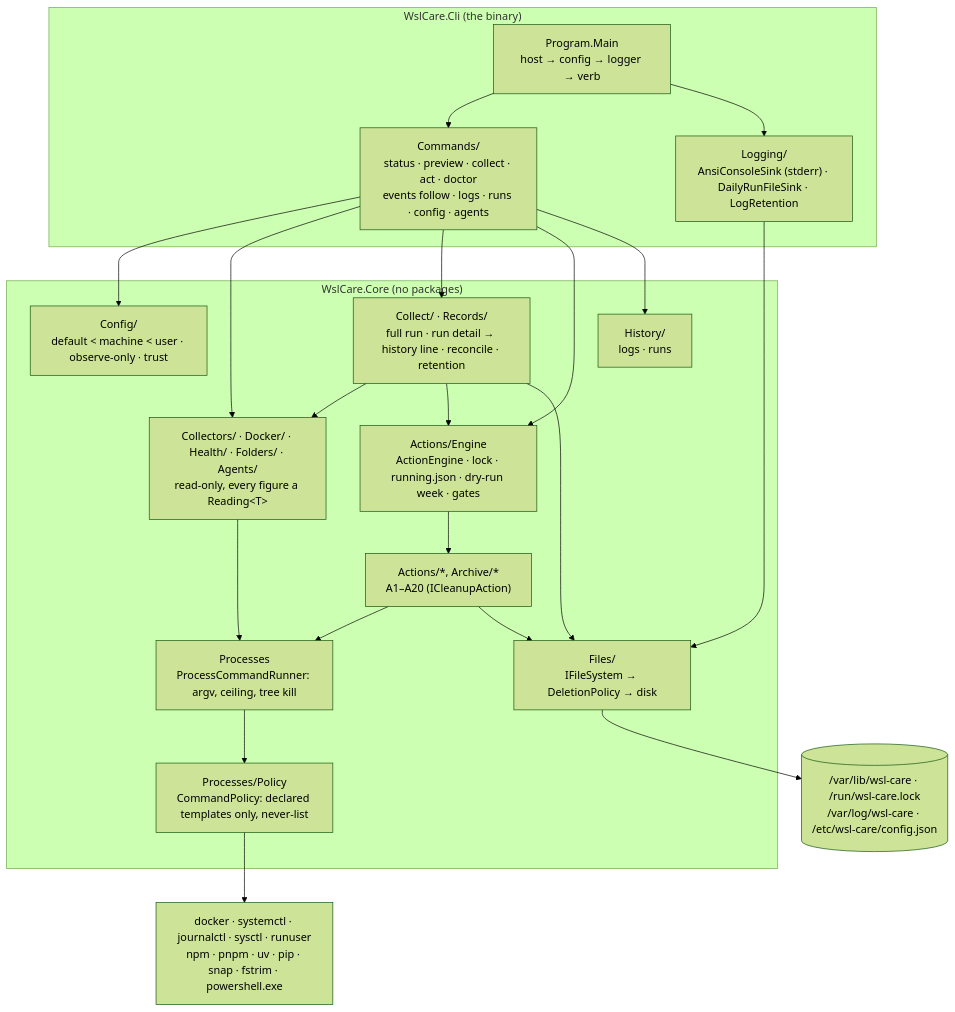
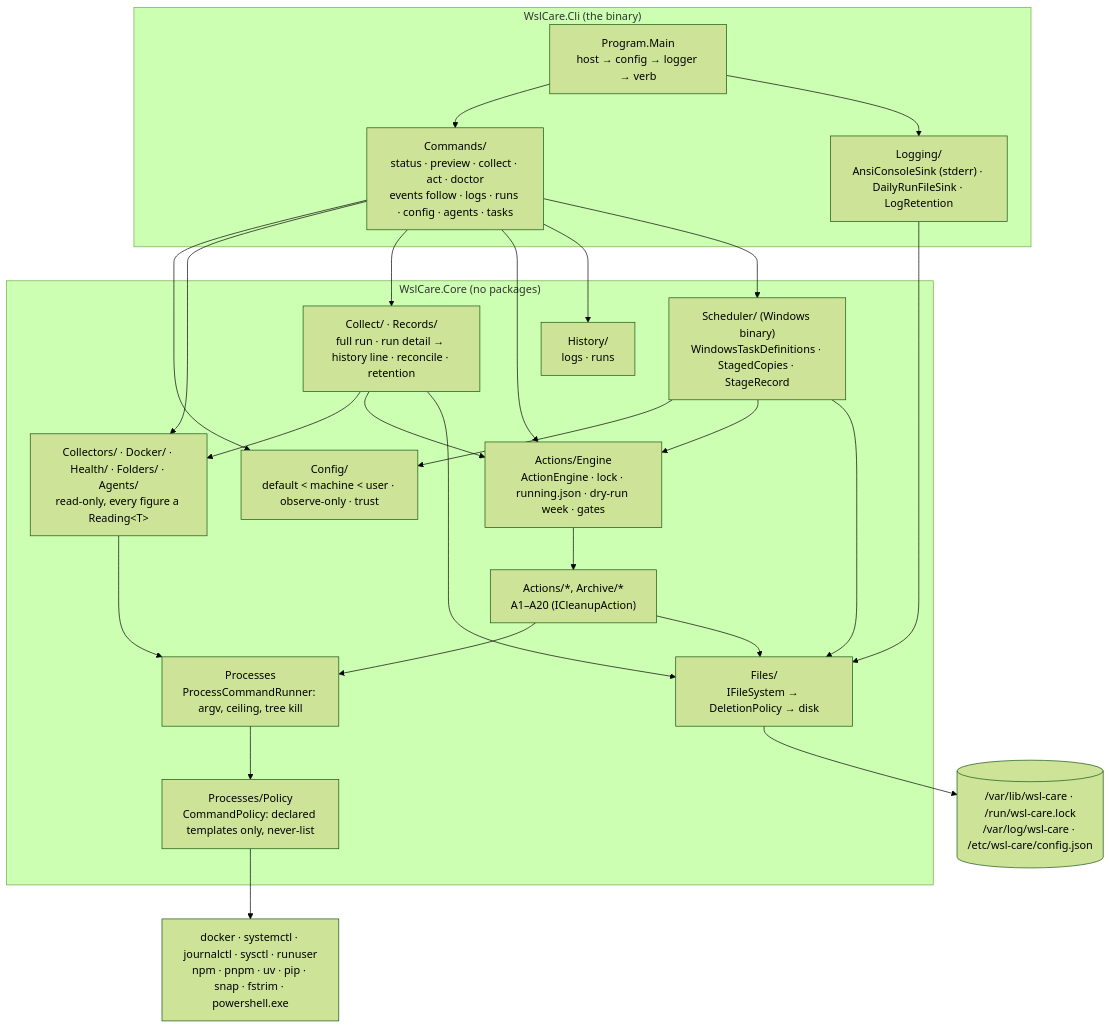
Before and after one commit to oleksandrdubyna88/wsl_care: the first of 7 diagrams in research/module_daemon.md, drawn with Mermaid (forest theme). The commit also changed other lines of this file and 8 other files, not shown here.

````diff
--- a/research/module_daemon.md
+++ b/research/module_daemon.md
@@ -19,40 +19,45 @@
 ```mermaid
 flowchart TB
     subgraph CLI["WslCare.Cli (the binary)"]
         program["Program.Main<br/>host → config → logger → verb"]
-        verbs["Commands/<br/>status · preview · collect · act · doctor<br/>events follow · logs · runs · config · agents"]
+        verbs["Commands/<br/>status · preview · collect · act · doctor<br/>events follow · logs · runs · config · agents · tasks"]
         logging["Logging/<br/>AnsiConsoleSink (stderr) · DailyRunFileSink · LogRetention"]
     end
     subgraph Core["WslCare.Core (no packages)"]
         config["Config/<br/>default < machine < user · observe-only · trust"]
         collectors["Collectors/ · Docker/ · Health/ · Folders/ · Agents/<br/>read-only, every figure a Reading&lt;T&gt;"]
         collect["Collect/ · Records/<br/>full run · run detail → history line · reconcile · retention"]
         engine["Actions/Engine<br/>ActionEngine · lock · running.json · dry-run week · gates"]
         actions["Actions/*, Archive/*<br/>A1–A20 (ICleanupAction)"]
         policy["Processes/Policy<br/>CommandPolicy: declared templates only, never-list"]
         runner["Processes<br/>ProcessCommandRunner: argv, ceiling, tree kill"]
         files["Files/<br/>IFileSystem → DeletionPolicy → disk"]
         history["History/<br/>logs · runs"]
+        scheduler["Scheduler/ (Windows binary)<br/>WindowsTaskDefinitions · StagedCopies · StageRecord"]
     end
     tools["docker · systemctl · journalctl · sysctl · runuser<br/>npm · pnpm · uv · pip · snap · fstrim · powershell.exe"]
     state[("/var/lib/wsl-care · /run/wsl-care.lock<br/>/var/log/wsl-care · /etc/wsl-care/config.json")]
 
     program --> verbs
     program --> logging
     verbs --> config
     verbs --> collectors
     verbs --> collect
     verbs --> engine
     verbs --> history
+    verbs --> scheduler
+    scheduler --> config
+    scheduler --> engine
+    scheduler --> files
     collect --> collectors
     collect --> engine
     engine --> actions
     actions --> runner
     collectors --> runner
     runner --> policy
     policy --> tools
     actions --> files
     collect --> files
     files --> state
     logging --> files
 ```
````
